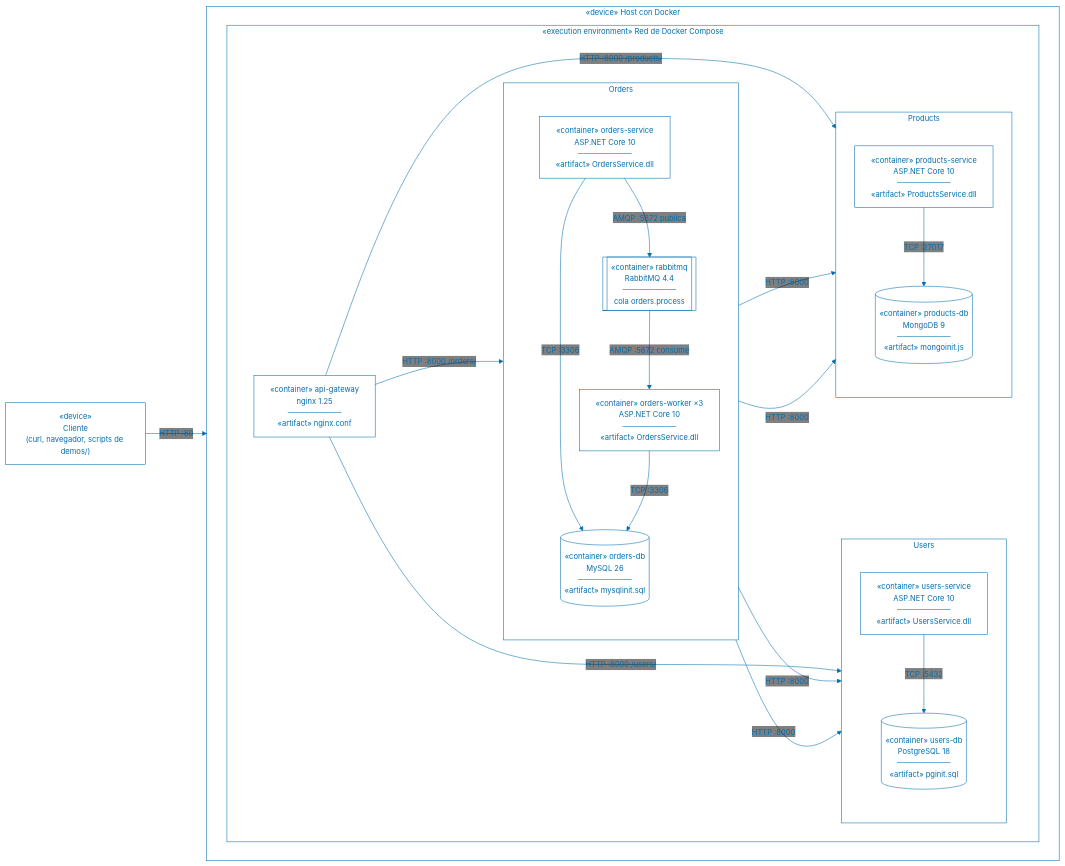
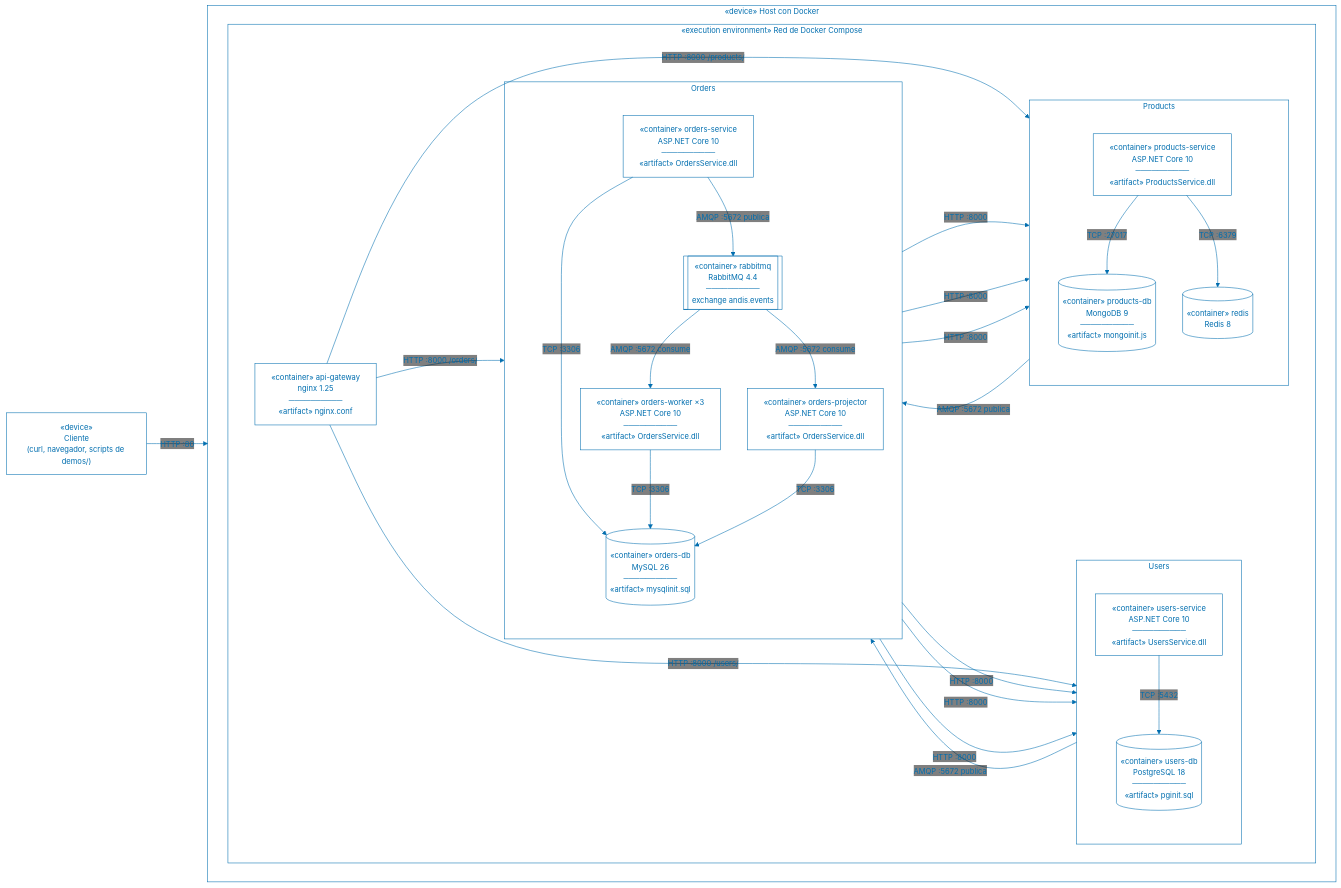
One commit to ucudal/ANDIS2_UT4_DEMO1 changed the diagram in README.md. Above: the diagram before and after it, drawn with Mermaid. The commit also changed other lines of this file and 57 other files, not shown here.

````diff
--- a/README.md
+++ b/README.md
@@ -110,72 +120,81 @@
 ```mermaid
 ---
 config:
   class:
     hideEmptyMembersBox: true
   theme: base
   themeVariables:
     fontSize: 14px
     background: transparent
     mainBkg: transparent
     secondaryColor: transparent
     tertiaryColor: transparent
     clusterBkg: transparent
     clusterBorder: '#006EAF'
     edgeLabelBackground: transparent
     primaryTextColor: '#006EAF'
     primaryBorderColor: '#006EAF'
     nodeBorder: '#006EAF'
     textColor: '#006EAF'
     titleColor: '#006EAF'
     lineColor: '#006EAF'
     useGradient: false
     dropShadow: false
 ---
 flowchart LR
     client["«device»<br/>Cliente<br/>(curl, navegador, scripts de demos/)"]
 
     subgraph host["«device» Host con Docker"]
         direction LR
 
         subgraph net["«execution environment» Red de Docker Compose"]
             direction LR
 
             gw["«container» api-gateway<br/>nginx 1.25<br/>──────────<br/>«artifact» nginx.conf"]
 
             subgraph users["Users"]
                 direction TB
                 us["«container» users-service<br/>ASP.NET Core 10<br/>──────────<br/>«artifact» UsersService.dll"]
                 udb[("«container» users-db<br/>PostgreSQL 18<br/>──────────<br/>«artifact» pginit.sql")]
             end
 
             subgraph products["Products"]
                 direction TB
                 ps["«container» products-service<br/>ASP.NET Core 10<br/>──────────<br/>«artifact» ProductsService.dll"]
                 pdb[("«container» products-db<br/>MongoDB 9<br/>──────────<br/>«artifact» mongoinit.js")]
+                rd[("«container» redis<br/>Redis 8")]
             end
 
             subgraph orders["Orders"]
                 direction TB
                 os["«container» orders-service<br/>ASP.NET Core 10<br/>──────────<br/>«artifact» OrdersService.dll"]
                 ow["«container» orders-worker ×3<br/>ASP.NET Core 10<br/>──────────<br/>«artifact» OrdersService.dll"]
-                mq[["«container» rabbitmq<br/>RabbitMQ 4.4<br/>──────────<br/>cola orders.process"]]
+                op["«container» orders-projector<br/>ASP.NET Core 10<br/>──────────<br/>«artifact» OrdersService.dll"]
+                mq[["«container» rabbitmq<br/>RabbitMQ 4.4<br/>──────────<br/>exchange andis.events"]]
                 odb[("«container» orders-db<br/>MySQL 26<br/>──────────<br/>«artifact» mysqlinit.sql")]
             end
         end
     end
 
     client -- "HTTP :80" --> gw
     gw -- "HTTP :8000 /users/" --> us
     gw -- "HTTP :8000 /products/" --> ps
     gw -- "HTTP :8000 /orders/" --> os
     os -- "HTTP :8000" --> us
     os -- "HTTP :8000" --> ps
     os -- "AMQP :5672 publica" --> mq
+    us -- "AMQP :5672 publica" --> mq
+    ps -- "AMQP :5672 publica" --> mq
     mq -- "AMQP :5672 consume" --> ow
+    mq -- "AMQP :5672 consume" --> op
     ow -- "HTTP :8000" --> us
     ow -- "HTTP :8000" --> ps
+    op -- "HTTP :8000" --> us
+    op -- "HTTP :8000" --> ps
     us -- "TCP :5432" --> udb
     ps -- "TCP :27017" --> pdb
+    ps -- "TCP :6379" --> rd
     os -- "TCP :3306" --> odb
     ow -- "TCP :3306" --> odb
+    op -- "TCP :3306" --> odb
 ```
````
